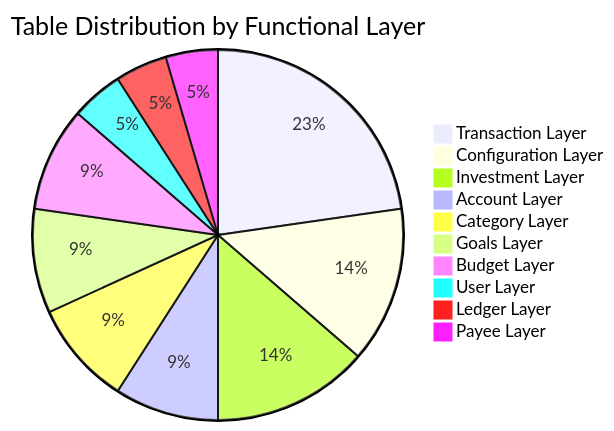
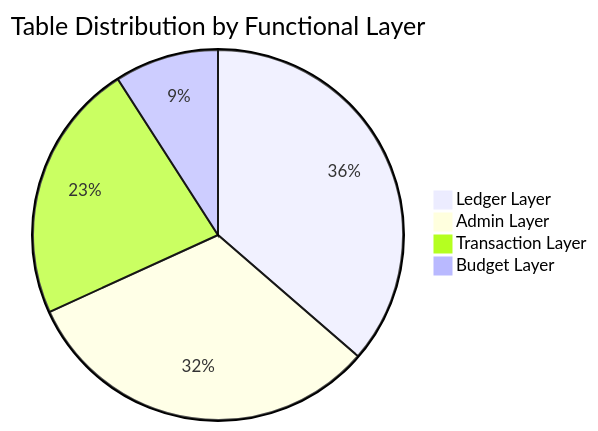
Before and after one commit to tiagopaispereira/ledger-to-invest: the third of 4 diagrams in database/docs/schema_diagram.md, drawn with Mermaid. The commit also changed other lines of this file and 5 other files, not shown here.

````diff
--- a/database/docs/schema_diagram.md
+++ b/database/docs/schema_diagram.md
@@ -358,13 +324,7 @@
 ```mermaid
 pie title Table Distribution by Functional Layer
+    "Ledger Layer" : 8
+    "Admin Layer" : 7
     "Transaction Layer" : 5
-    "Configuration Layer" : 3
-    "Investment Layer" : 3
-    "Account Layer" : 2
-    "Category Layer" : 2
-    "Goals Layer" : 2
     "Budget Layer" : 2
-    "User Layer" : 1
-    "Ledger Layer" : 1
-    "Payee Layer" : 1
 ```
````
